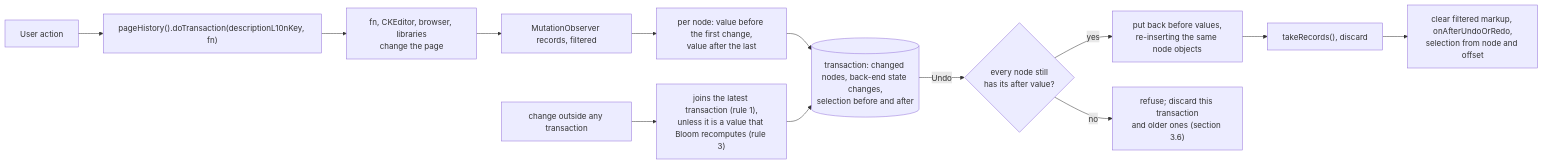
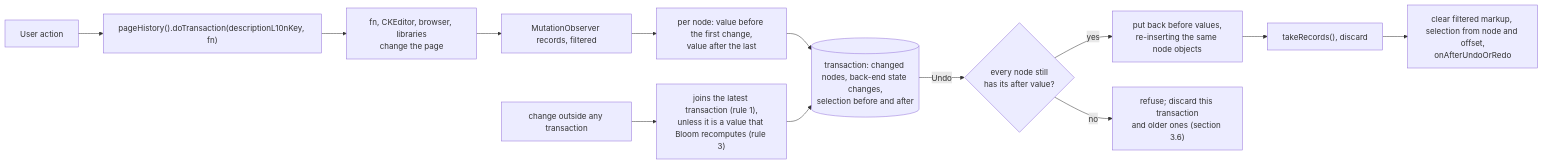
The fifth of 10 diagrams in docs/undo/APPROACHES.md (BloomBooks/BloomDesktop), drawn with Mermaid before and after one commit. The commit also changed other lines of this file and 27 other files, not shown here.

````diff
--- a/docs/undo/APPROACHES.md
+++ b/docs/undo/APPROACHES.md
@@ -1304,15 +1304,15 @@
 ```mermaid
 flowchart LR
   A["User action"] --> B["pageHistory().doTransaction(descriptionL10nKey, fn)"]
   B --> D["fn, CKEditor, browser, libraries<br/>change the page"]
   D --> O["MutationObserver records, filtered"]
   O --> C["per node: value before the first change,<br/>value after the last"]
   C --> F[("transaction: changed nodes, back-end state changes,<br/>selection before and after")]
   U["change outside any transaction"] --> O2["joins the latest transaction (rule 1),<br/>unless it is a value that Bloom recomputes (rule 3)"]
   O2 --> F
   F -- "Undo" --> G{"every node still<br/>has its after value?"}
   G -- "yes" --> H["put back before values,<br/>re-inserting the same node objects"]
   G -- "no" --> K["refuse; discard this transaction<br/>and older ones (section 3.6)"]
   H --> T["takeRecords(), discard"]
-  T --> I["clear filtered markup, onAfterUndoOrRedo,<br/>selection from node and offset"]
+  T --> I["clear filtered markup, selection from node and offset,<br/>onAfterUndoOrRedo"]
 ```
````
